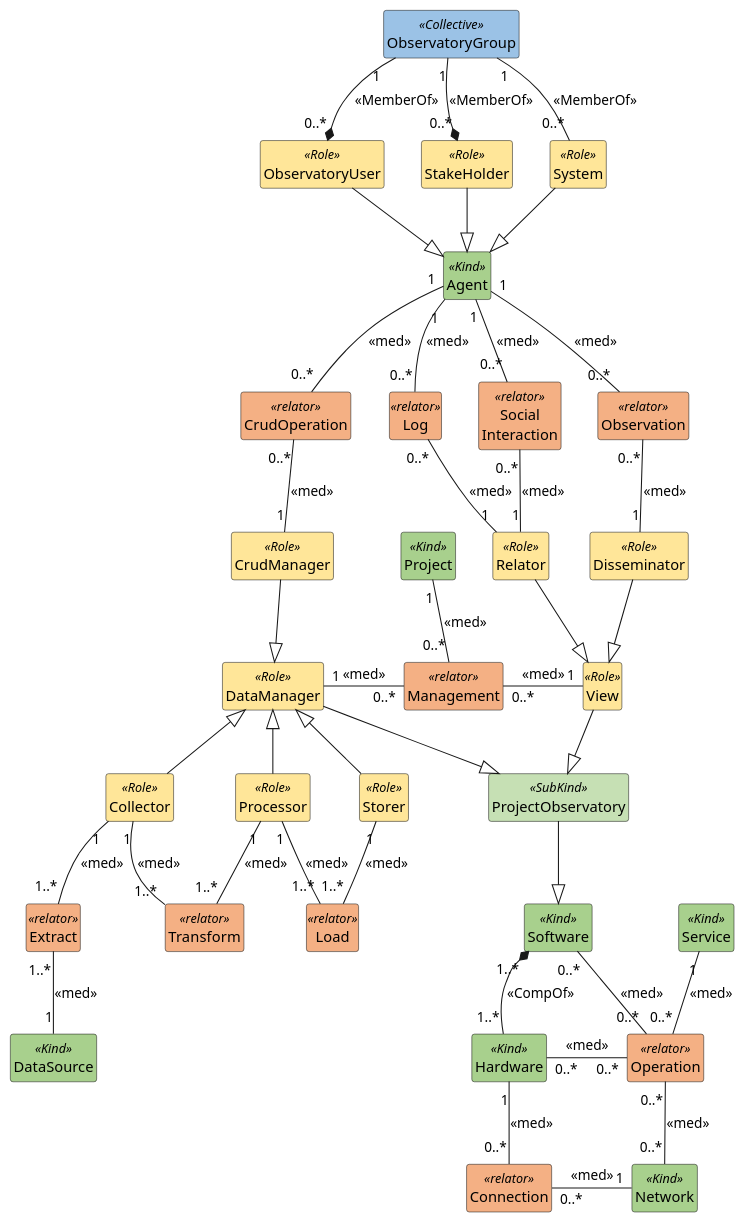
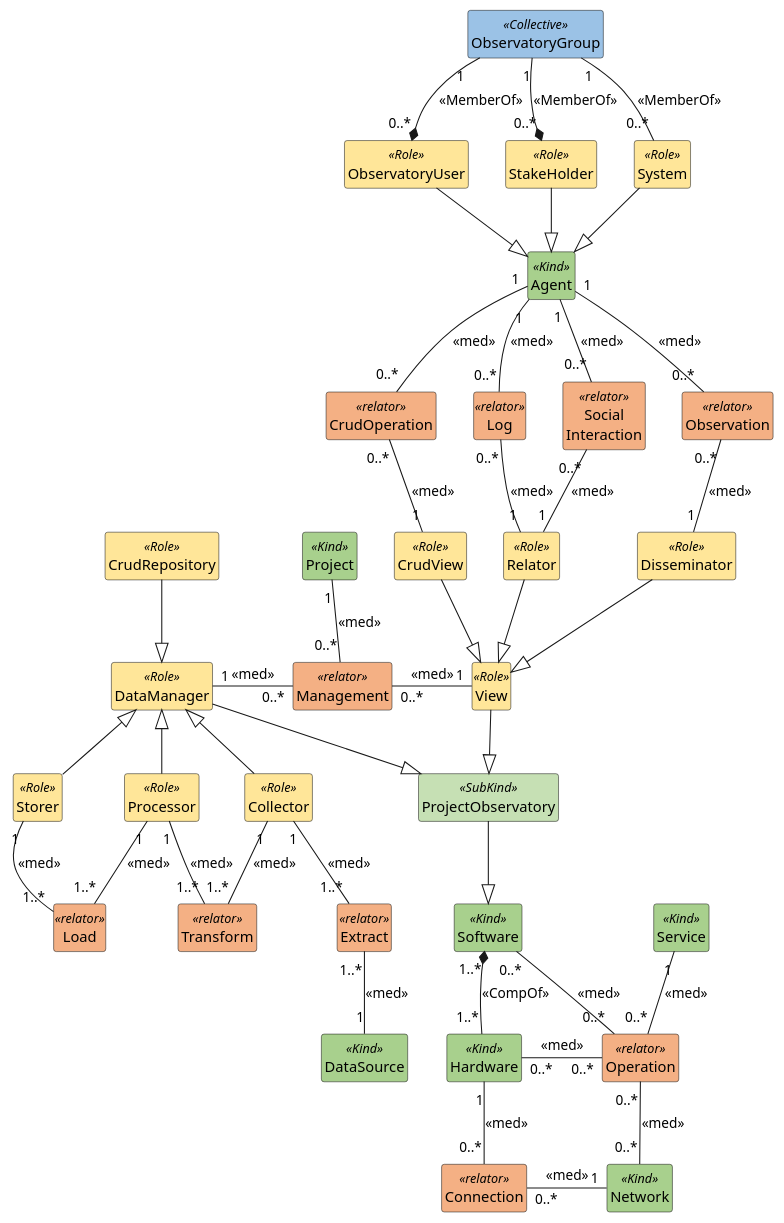
One commit to kvojps/onto-mpo changed the diagram in mpo_formalization.puml. Above: the diagram before and after it, drawn with PlantUML. The commit also changed 1 other file, not shown here.

Commit message:
[refac]: replace CrudManager with CrudRepository and update relationships in MPO Structures Observatory formalization

```diff
--- a/mpo_formalization.puml
+++ b/mpo_formalization.puml
@@ -1,86 +1,88 @@
 @startuml MPO Formalization
 hide members
 skinparam style strictuml
 
 ' MPO Structures Observatory Formalization
 class ProjectObservatory <<SubKind>> #C6E0B4 {}
 class View <<Role>> #FFE699 {}
+class CrudView <<Role>> #FFE699 {}
 class Relator <<Role>> #FFE699 {}
 class Disseminator <<Role>> #FFE699 {}
 class DataManager <<Role>> #FFE699 {}
-class CrudManager <<Role>> #FFE699 {}
+class CrudRepository <<Role>> #FFE699 {}
 class DataSource <<Kind>> #A8D08D {}
 class Extract <<relator>> #F4B084 {}
 class Collector <<Role>> #FFE699 {}
 class Transform <<relator>> #F4B084 {}
 class Processor <<Role>> #FFE699 {}
 class Load <<relator>> #F4B084 {}
 class Storer <<Role>> #FFE699 {}
 class Project <<Kind>> #A8D08D {}
 class Management <<relator>> #F4B084 {}
 
 ProjectObservatory <|-up- DataManager
 ProjectObservatory <|-up- View
 View "1" -left- "0..*" Management : <<med>>
+CrudView --|> View
 Relator --|> View
 Disseminator --|> View
-DataManager <|-up- CrudManager
+DataManager <|-up- CrudRepository
 DataManager "1" -right- "0..*" Management : <<med>>
 DataSource "1" -up- "1..*" Extract : <<med>>
 Extract "1..*" -up- "1" Collector : <<med>>
 Collector -up-|> DataManager
 Collector "1" -down- "1..*" Transform: <<med>>
 Transform "1..*" -up- "1" Processor: <<med>>
 Processor -up-|> DataManager
 Processor "1" -down- "1..*" Load: <<med>>
 Load "1..*" -up- "1" Storer: <<med>>
 Storer -up-|> DataManager
 Project "1" -down- "0..*" Management : <<med>>
 
 ' MPO Structures Observatory Infra Formalization
 class Software <<Kind>> #A8D08D {}
 class Hardware <<Kind>> #A8D08D {}
 class Network <<Kind>> #A8D08D {}
 class Connection <<relator>> #F4B084 {}
 class Service <<Kind>> #A8D08D {}
 class Operation <<relator>> #F4B084 {}
 
 ProjectObservatory --|> Software
 Software "1..*" *-down- "1..*" Hardware: <<CompOf>>
 Hardware "1" -down- "0..*" Connection : <<med>>
 Network "1" -left- "0..*" Connection : <<med>>
 Operation "0..*" -left- "0..*" Software : <<med>>
 Operation "0..*" -left- "0..*" Hardware : <<med>>
 Operation "0..*" -down- "0..*" Network : <<med>>
 Service "1" -down- "0..*" Operation : <<med>>
 
 ' MPO Agents Formalization
 class Agent <<Kind>> #A8D08D {}
 class ObservatoryUser <<Role>> #FFE699 {}
 class StakeHolder <<Role>> #FFE699 {}
 class System <<Role>> #FFE699 {}
 class ObservatoryGroup <<Collective>> #9BC2E6 {}
 
 ObservatoryUser -down-|> Agent
 StakeHolder -down-|> Agent
 System -down-|> Agent
 ObservatoryGroup "1" -down-* "0..*" ObservatoryUser: <<MemberOf>>
 ObservatoryGroup "1" -down-* "0..*" StakeHolder: <<MemberOf>>
 ObservatoryGroup "1" -down- "0..*" System: <<MemberOf>>
 
 ' Interactions Formalization
 class CrudOperation <<relator>> #F4B084 {}
 class Log <<relator>> #F4B084 {}
 class SocialInteraction as "Social\nInteraction" <<relator>> #F4B084 {}
 class Observation <<relator>> #F4B084 {}
 
 Agent "1" -down- "0..*" CrudOperation: <<med>>
-CrudOperation "0..*" -down- "1" CrudManager: <<med>>
+CrudOperation "0..*" -down- "1" CrudView: <<med>>
 Agent "1" -down- "0..*" Log: <<med>>
 Log "0..*" -down- "1" Relator: <<med>>
 Agent "1" -down- "0..*" SocialInteraction: <<med>>
 SocialInteraction "0..*" -down- "1" Relator: <<med>>
 Agent "1" -down- "0..*" Observation: <<med>>
 Observation "0..*" -down- "1" Disseminator: <<med>>
 
 @enduml
```
